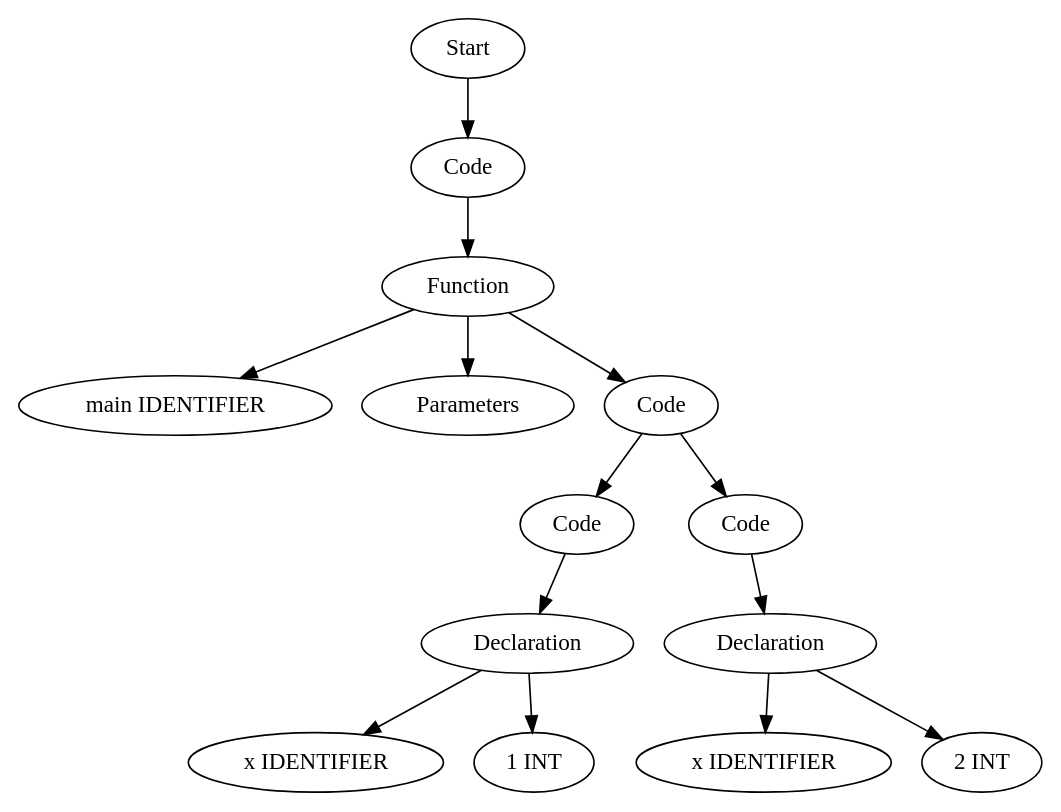
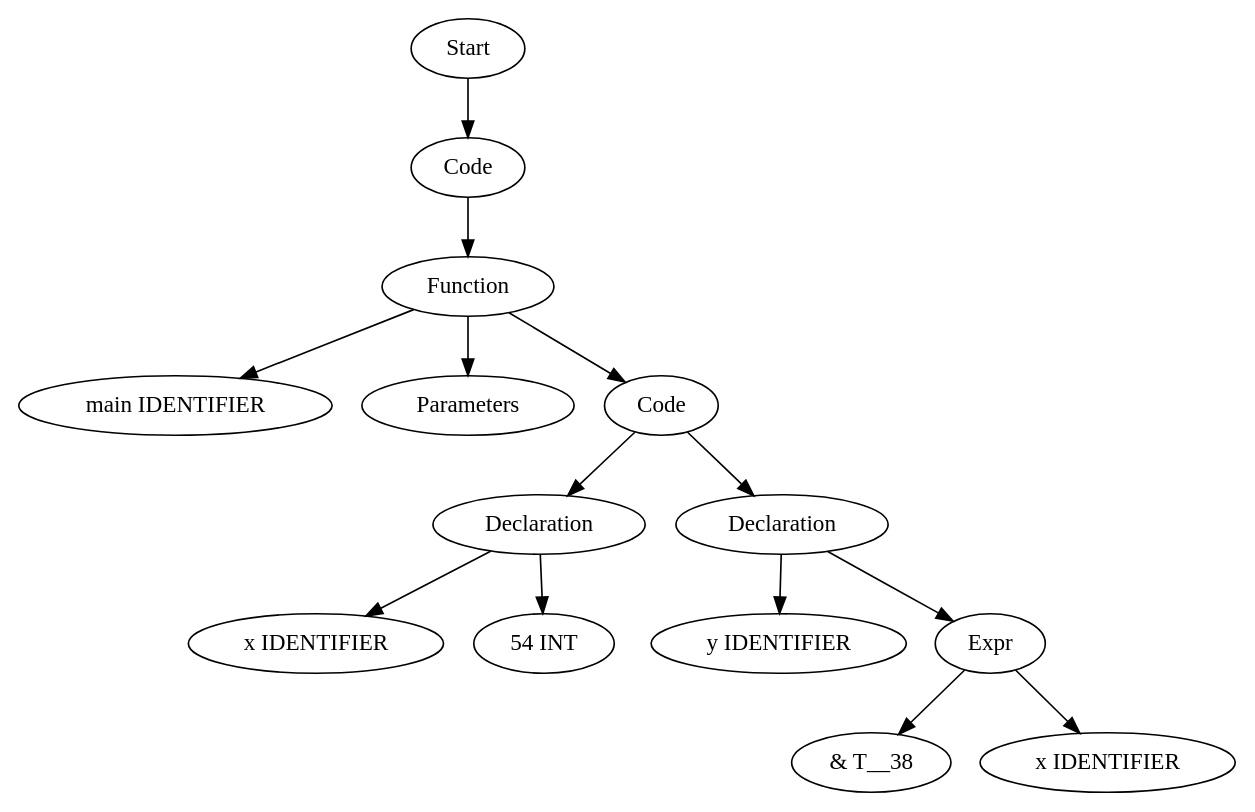
One commit to Are-you-listening/Compilers changed the diagram in TestCases/ASTTests/SemanticErrorsTests/createTests/read_file_before.dot. Above: the diagram before and after it, drawn with Graphviz. The commit also changed 255 other files, not shown here.

```diff
--- a/TestCases/ASTTests/SemanticErrorsTests/createTests/read_file_before.dot
+++ b/TestCases/ASTTests/SemanticErrorsTests/createTests/read_file_before.dot
@@ -1,29 +1,29 @@
 digraph AST {
-  "128884247695312" [label="Start"];
-  "128884247695312" -> "128884247694400";
-  "128884247694400" [label="Code"];
-  "128884247694400" -> "128884247696368";
-  "128884247696368" [label="Function"];
-  "128884247696368" -> "128884247693392";
-  "128884247696368" -> "128884247699056";
-  "128884247696368" -> "128884247696512";
-  "128884247693392" [label="main IDENTIFIER"];
-  "128884247699056" [label="Parameters"];
-  "128884247696512" [label="Code"];
-  "128884247696512" -> "128884247697232";
-  "128884247696512" -> "128884247697856";
-  "128884247697232" [label="Code"];
-  "128884247697232" -> "128884247694448";
-  "128884247694448" [label="Declaration"];
-  "128884247694448" -> "128884247697616";
-  "128884247694448" -> "128884247696560";
-  "128884247697616" [label="x IDENTIFIER"];
-  "128884247696560" [label="1 INT"];
-  "128884247697856" [label="Code"];
-  "128884247697856" -> "128884247694496";
-  "128884247694496" [label="Declaration"];
-  "128884247694496" -> "128884247696656";
-  "128884247694496" -> "128884247697664";
-  "128884247696656" [label="x IDENTIFIER"];
-  "128884247697664" [label="2 INT"];
+  "137751962839760" [label="Start"];
+  "137751962839760" -> "137751962844320";
+  "137751962844320" [label="Code"];
+  "137751962844320" -> "137751962838464";
+  "137751962838464" [label="Function"];
+  "137751962838464" -> "137751962844272";
+  "137751962838464" -> "137751962842832";
+  "137751962838464" -> "137751962838320";
+  "137751962844272" [label="main IDENTIFIER"];
+  "137751962842832" [label="Parameters"];
+  "137751962838320" [label="Code"];
+  "137751962838320" -> "137751960910912";
+  "137751962838320" -> "137751960910768";
+  "137751960910912" [label="Declaration"];
+  "137751960910912" -> "137751960911632";
+  "137751960910912" -> "137751960901456";
+  "137751960911632" [label="x IDENTIFIER"];
+  "137751960901456" [label="54 INT"];
+  "137751960910768" [label="Declaration"];
+  "137751960910768" -> "137751960899968";
+  "137751960910768" -> "137751960905728";
+  "137751960899968" [label="y IDENTIFIER"];
+  "137751960905728" [label="Expr"];
+  "137751960905728" -> "137751960897904";
+  "137751960905728" -> "137751960896128";
+  "137751960897904" [label="& T__38"];
+  "137751960896128" [label="x IDENTIFIER"];
 }
```
